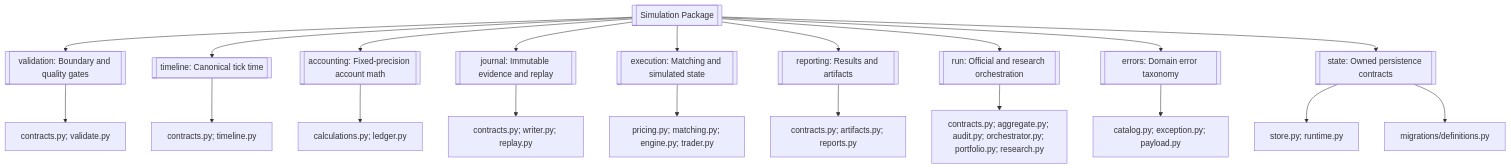
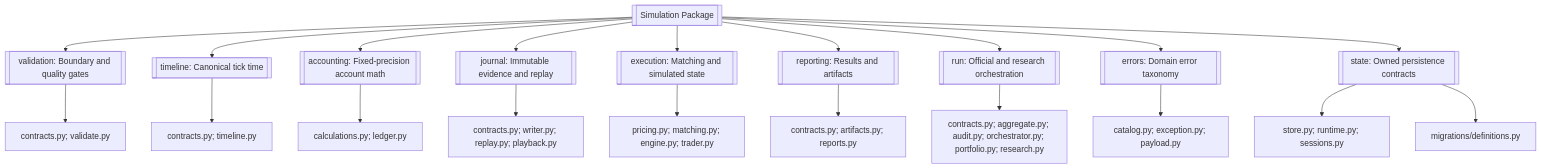
Before and after one commit to haruperi/HaruQuantAI: the first of 9 diagrams in app/services/simulator/README.md, drawn with Mermaid. The commit also changed other lines of this file and 91 other files, not shown here.

Commit message:
Audited UTILS domain - all 21 checks green. Implement simulator architecture, API service composition, and comprehensive documentation for entity schemas and services

````diff
--- a/app/services/simulator/README.md
+++ b/app/services/simulator/README.md
@@ -126,25 +127,25 @@
 ```mermaid
 flowchart TD
     SIM[[Simulation Package]]
 
     SIM --> VAL[[validation: Boundary and quality gates]]
     SIM --> TIME[[timeline: Canonical tick time]]
     SIM --> ACC[[accounting: Fixed-precision account math]]
     SIM --> JRN[[journal: Immutable evidence and replay]]
     SIM --> EXE[[execution: Matching and simulated state]]
     SIM --> REP[[reporting: Results and artifacts]]
     SIM --> RUN[[run: Official and research orchestration]]
     SIM --> ERR[[errors: Domain error taxonomy]]
     SIM --> STA[[state: Owned persistence contracts]]
 
     VAL --> VALF[contracts.py; validate.py]
     TIME --> TIMEF[contracts.py; timeline.py]
     ACC --> ACCF[calculations.py; ledger.py]
-    JRN --> JRNF[contracts.py; writer.py; replay.py]
+    JRN --> JRNF[contracts.py; writer.py; replay.py; playback.py]
     EXE --> EXEF[pricing.py; matching.py; engine.py; trader.py]
     REP --> REPF[contracts.py; artifacts.py; reports.py]
     RUN --> RUNF[contracts.py; aggregate.py; audit.py; orchestrator.py; portfolio.py; research.py]
     ERR --> ERRF[catalog.py; exception.py; payload.py]
-    STA --> STAF[store.py; runtime.py]
+    STA --> STAF[store.py; runtime.py; sessions.py]
     STA --> MIG[migrations/definitions.py]
 ```
````
